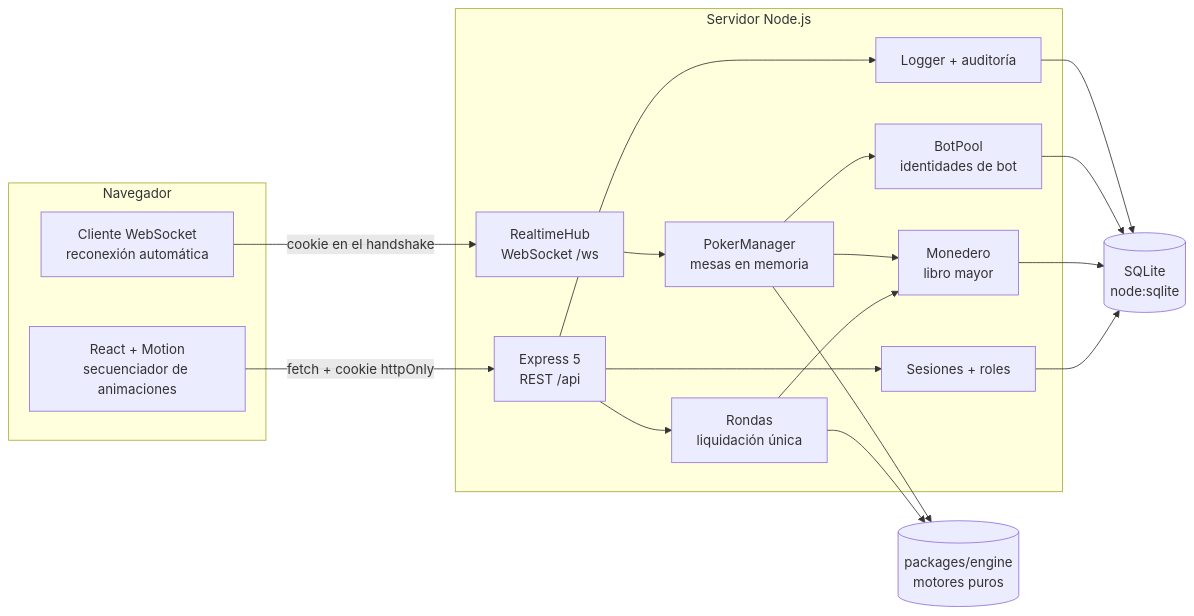
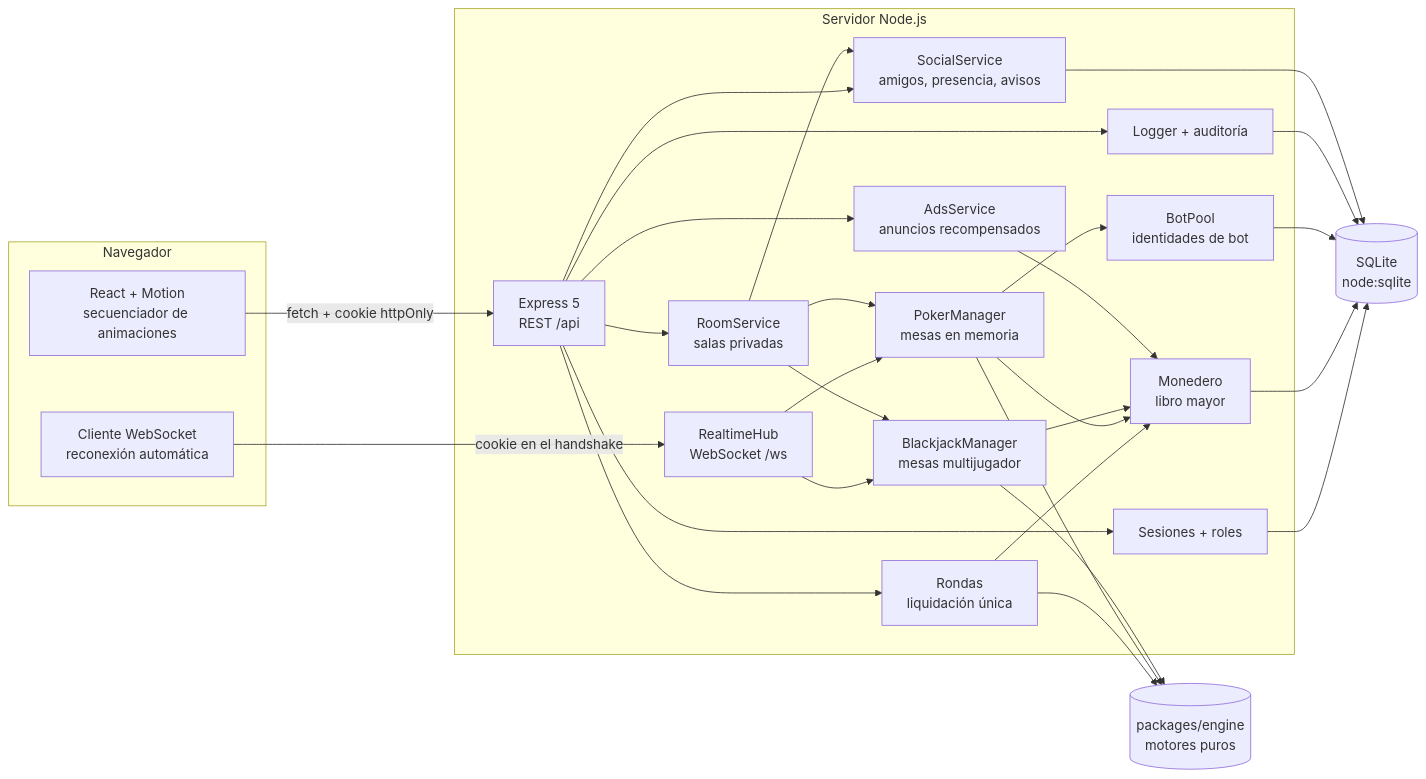
The first of 5 diagrams in ARCHITECTURE.md (Hugosc05/AurumCasinoOnline), drawn with Mermaid before and after one commit. The commit also changed other lines of this file and 14 other files, not shown here.

````diff
--- a/ARCHITECTURE.md
+++ b/ARCHITECTURE.md
@@ -13,28 +13,39 @@
 ```mermaid
 flowchart LR
   subgraph Navegador
     UI[React + Motion<br/>secuenciador de animaciones]
     WSC[Cliente WebSocket<br/>reconexión automática]
   end
   subgraph Servidor Node.js
     API[Express 5<br/>REST /api]
     HUB[RealtimeHub<br/>WebSocket /ws]
     AUTH[Sesiones + roles]
     WAL[Monedero<br/>libro mayor]
     RND[Rondas<br/>liquidación única]
     PKR[PokerManager<br/>mesas en memoria]
+    BJM[BlackjackManager<br/>mesas multijugador]
+    SOC[SocialService<br/>amigos, presencia, avisos]
+    ROOM[RoomService<br/>salas privadas]
+    ADS[AdsService<br/>anuncios recompensados]
     BOT[BotPool<br/>identidades de bot]
     LOG[Logger + auditoría]
   end
   ENG[(packages/engine<br/>motores puros)]
   DB[(SQLite<br/>node:sqlite)]
   UI -- fetch + cookie httpOnly --> API
   WSC -- cookie en el handshake --> HUB
   API --> AUTH --> DB
   API --> RND --> WAL --> DB
   RND --> ENG
   HUB --> PKR --> ENG
   PKR --> BOT --> DB
   PKR --> WAL
   API --> LOG --> DB
+  HUB --> BJM --> ENG
+  BJM --> WAL
+  API --> SOC --> DB
+  API --> ROOM --> PKR
+  ROOM --> BJM
+  ROOM --> SOC
+  API --> ADS --> WAL
 ```
````
